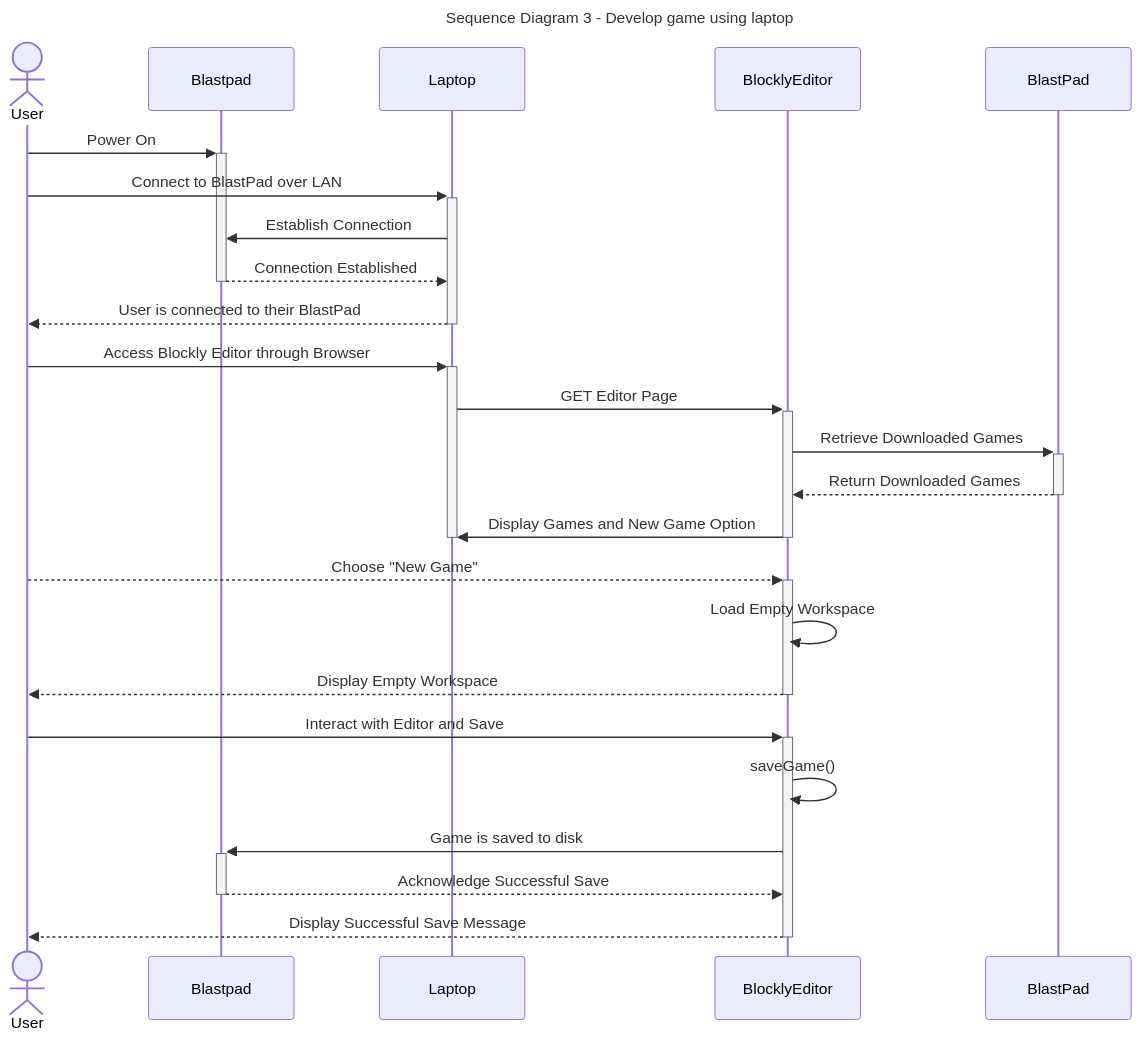
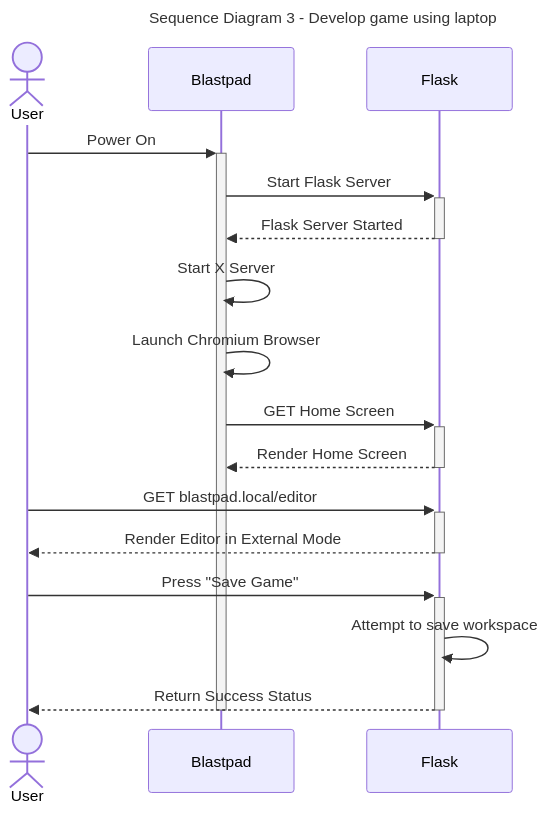
One commit to Capstone-Projects-2024-Spring/project-blastpad changed the third of 11 diagrams in documentation/docs/system-architecture/sequence-diagrams.md. Above: the diagram before and after it, drawn with Mermaid. The commit also changed other lines of this file and 3 other files, not shown here.

Commit message:
Use Case Seq Diagrams

````diff
--- a/documentation/docs/system-architecture/sequence-diagrams.md
+++ b/documentation/docs/system-architecture/sequence-diagrams.md
@@ -90,31 +91,26 @@
 ```mermaid
 ---
 title: "Sequence Diagram 3 - Develop game using laptop"
 ---
-
 sequenceDiagram
 actor User
 User->>+Blastpad: Power On
-User->>+Laptop: Connect to BlastPad over LAN
-Laptop->>Blastpad: Establish Connection
-Blastpad-->>-Laptop: Connection Established
-Laptop-->>-User: User is connected to their BlastPad
-User->>+Laptop: Access Blockly Editor through Browser
-Laptop->>+BlocklyEditor: GET Editor Page
+Blastpad->>+Flask: Start Flask Server
+Flask-->>-Blastpad: Flask Server Started
 
-BlocklyEditor->>+BlastPad: Retrieve Downloaded Games
-BlastPad-->>-BlocklyEditor: Return Downloaded Games
-BlocklyEditor->>-Laptop: Display Games and New Game Option
-deactivate Laptop
-User-->>+BlocklyEditor: Choose "New Game"
+Blastpad->>Blastpad: Start X Server
+Blastpad->>Blastpad: Launch Chromium Browser
 
-BlocklyEditor->>BlocklyEditor: Load Empty Workspace
-BlocklyEditor-->>-User: Display Empty Workspace
+Blastpad->>+Flask: GET Home Screen
+Flask-->>-Blastpad: Render Home Screen
 
-User->>+BlocklyEditor: Interact with Editor and Save
-BlocklyEditor->>BlocklyEditor: saveGame()
-BlocklyEditor->>+Blastpad: Game is saved to disk
-Blastpad-->>-BlocklyEditor: Acknowledge Successful Save
-BlocklyEditor-->>-User: Display Successful Save Message
+
+User->>+Flask: GET blastpad.local/editor
+Flask-->>-User: Render Editor in External Mode
+User->>+Flask: Press "Save Game"
+Flask->>Flask: Attempt to save workspace
+Flask-->>-User: Return Success Status
+
+deactivate Blastpad
 
 ```
````
